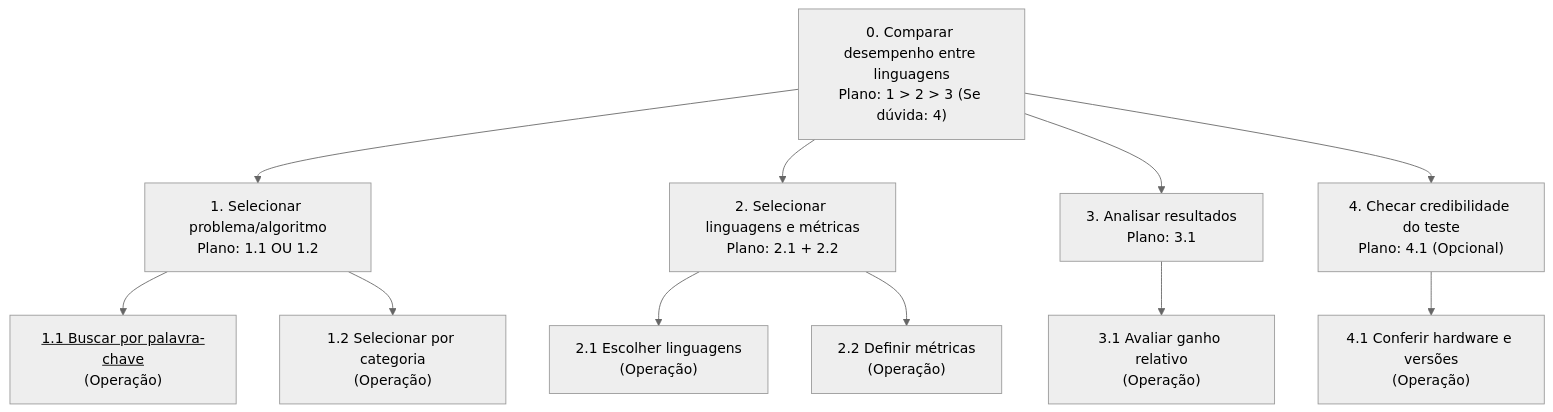
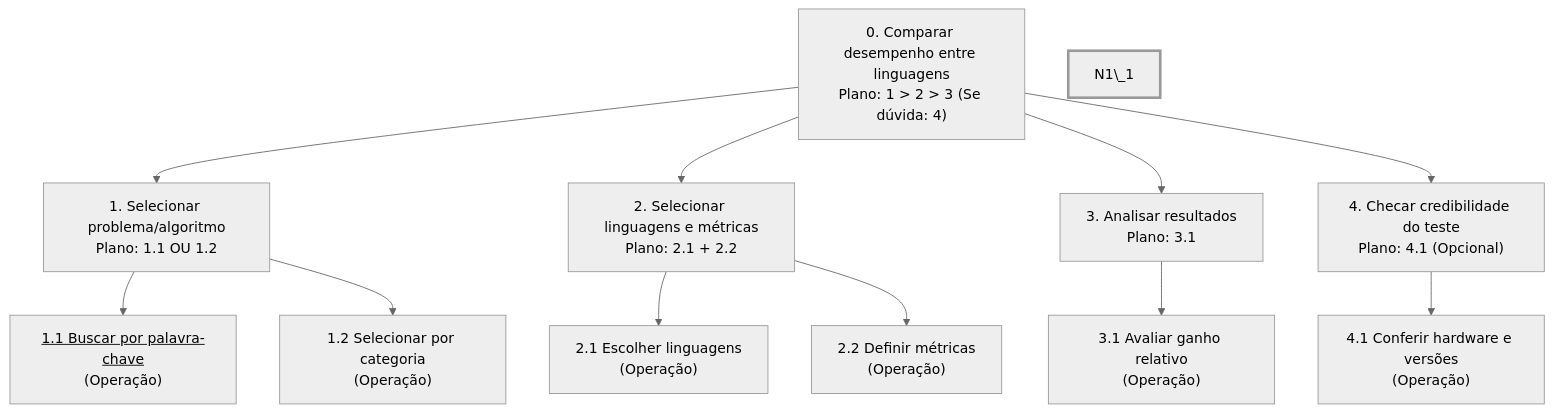
Before and after one commit to augustotx/ihc2026: the diagram in docs/05_analise_tarefas.md, drawn with Mermaid (neutral theme).

````diff
--- a/docs/05_analise_tarefas.md
+++ b/docs/05_analise_tarefas.md
@@ -52,28 +52,31 @@
 ```mermaid
 graph TD
     N0["0. Comparar desempenho entre linguagens<br>Plano: 1 > 2 > 3 (Se dúvida: 4)"]
 
     N1["1. Selecionar problema/algoritmo<br>Plano: 1.1 OU 1.2"]
     N2["2. Selecionar linguagens e métricas<br>Plano: 2.1 + 2.2"]
     N3["3. Analisar resultados<br>Plano: 3.1"]
     N4["4. Checar credibilidade do teste<br>Plano: 4.1 (Opcional)"]
 
     N1_1["<u>1.1 Buscar por palavra-chave</u><br>(Operação)"]
     N1_2["1.2 Selecionar por categoria<br>(Operação)"]
     N2_1["2.1 Escolher linguagens<br>(Operação)"]
     N2_2["2.2 Definir métricas<br>(Operação)"]
     N3_1["3.1 Avaliar ganho relativo<br>(Operação)"]
     N4_1["4.1 Conferir hardware e versões<br>(Operação)"]
 
     N0 --> N1
     N0 --> N2
     N0 --> N3
     N0 --> N4
 
     N1 --> N1_1
     N1 --> N1_2
     N2 --> N2_1
     N2 --> N2_2
     N3 --> N3_1
     N4 --> N4_1
+
+    style N1\_1 stroke-width:3px
+
 ```
````
